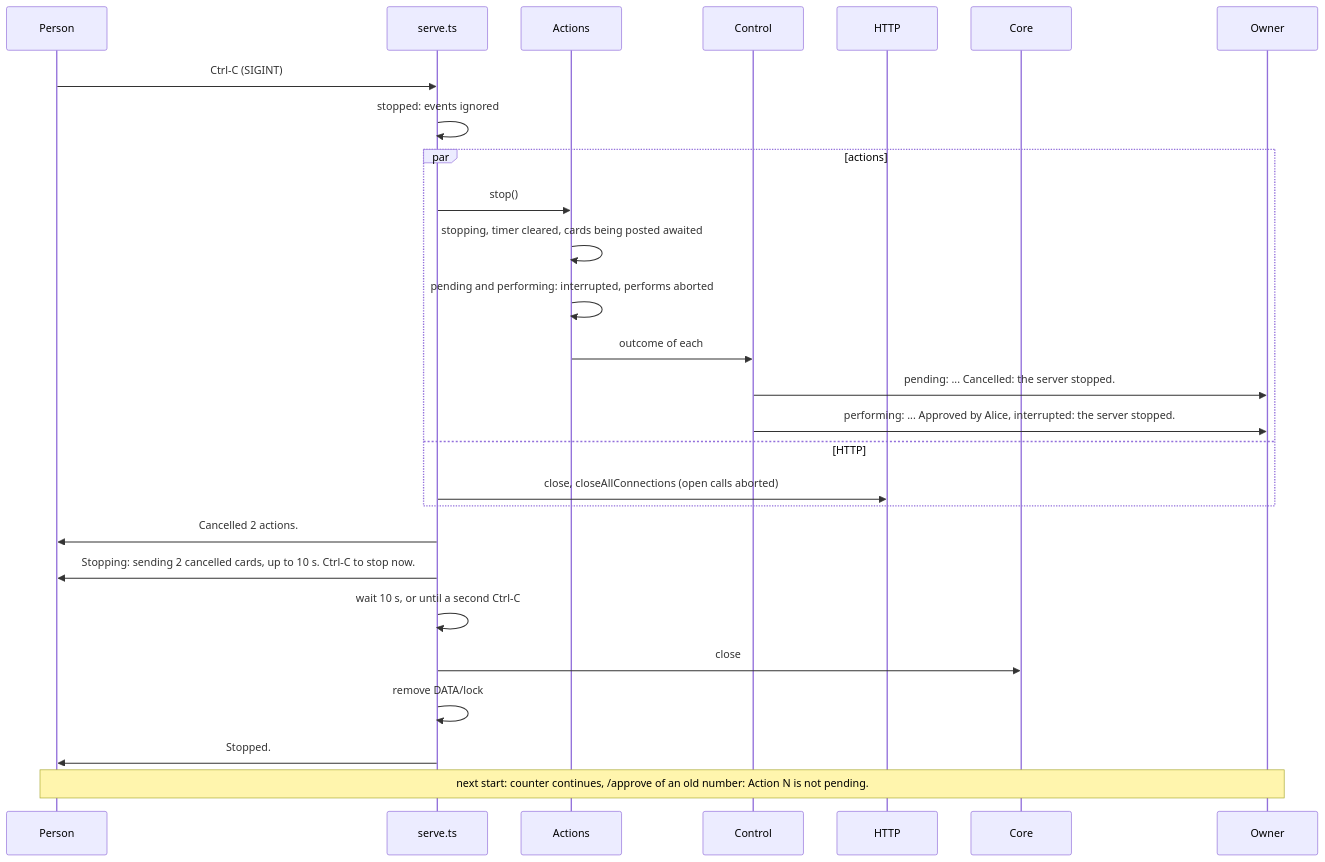
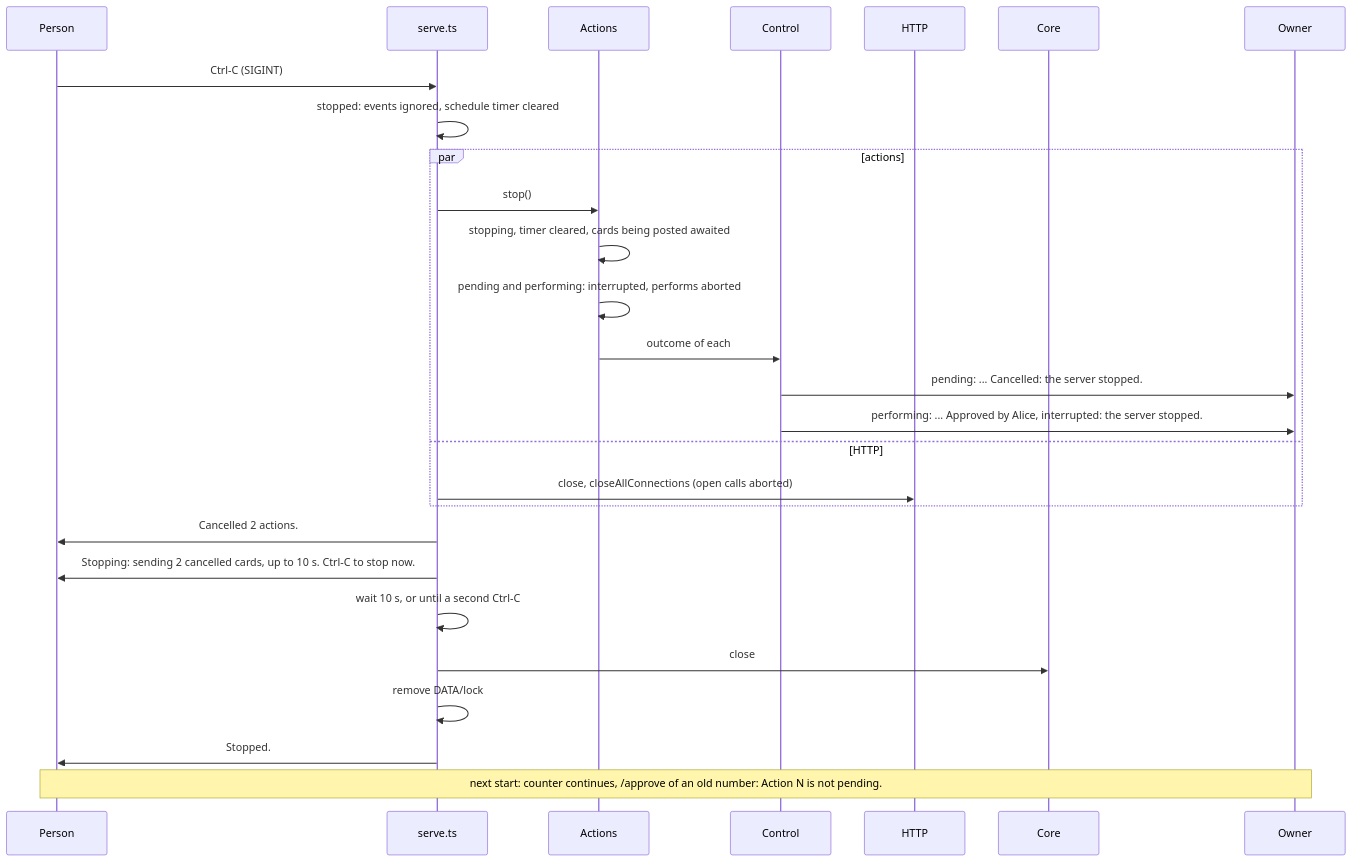
Diagram 11 of 17 in packages/simplex-chat-mcp/spec/flows.md (simplex-chat/simplex-chat), drawn with Mermaid before and after one commit. The commit also changed other lines of this file and 8 other files, not shown here.

````diff
--- a/packages/simplex-chat-mcp/spec/flows.md
+++ b/packages/simplex-chat-mcp/spec/flows.md
@@ -478,29 +482,29 @@
 ```mermaid
 sequenceDiagram
   participant P as Person
   participant S as serve.ts
   participant X as Actions
   participant K as Control
   participant H as HTTP
   participant C as Core
   participant O as Owner
   P->>S: Ctrl-C (SIGINT)
-  S->>S: stopped: events ignored
+  S->>S: stopped: events ignored, schedule timer cleared
   par actions
     S->>X: stop()
     X->>X: stopping, timer cleared, cards being posted awaited
     X->>X: pending and performing: interrupted, performs aborted
     X->>K: outcome of each
     K->>O: pending: ... Cancelled: the server stopped.
     K->>O: performing: ... Approved by Alice, interrupted: the server stopped.
   and HTTP
     S->>H: close, closeAllConnections (open calls aborted)
   end
   S->>P: Cancelled 2 actions.
   S->>P: Stopping: sending 2 cancelled cards, up to 10 s. Ctrl-C to stop now.
   S->>S: wait 10 s, or until a second Ctrl-C
   S->>C: close
   S->>S: remove DATA/lock
   S->>P: Stopped.
   Note over P,O: next start: counter continues, /approve of an old number: Action N is not pending.
 ```
````
